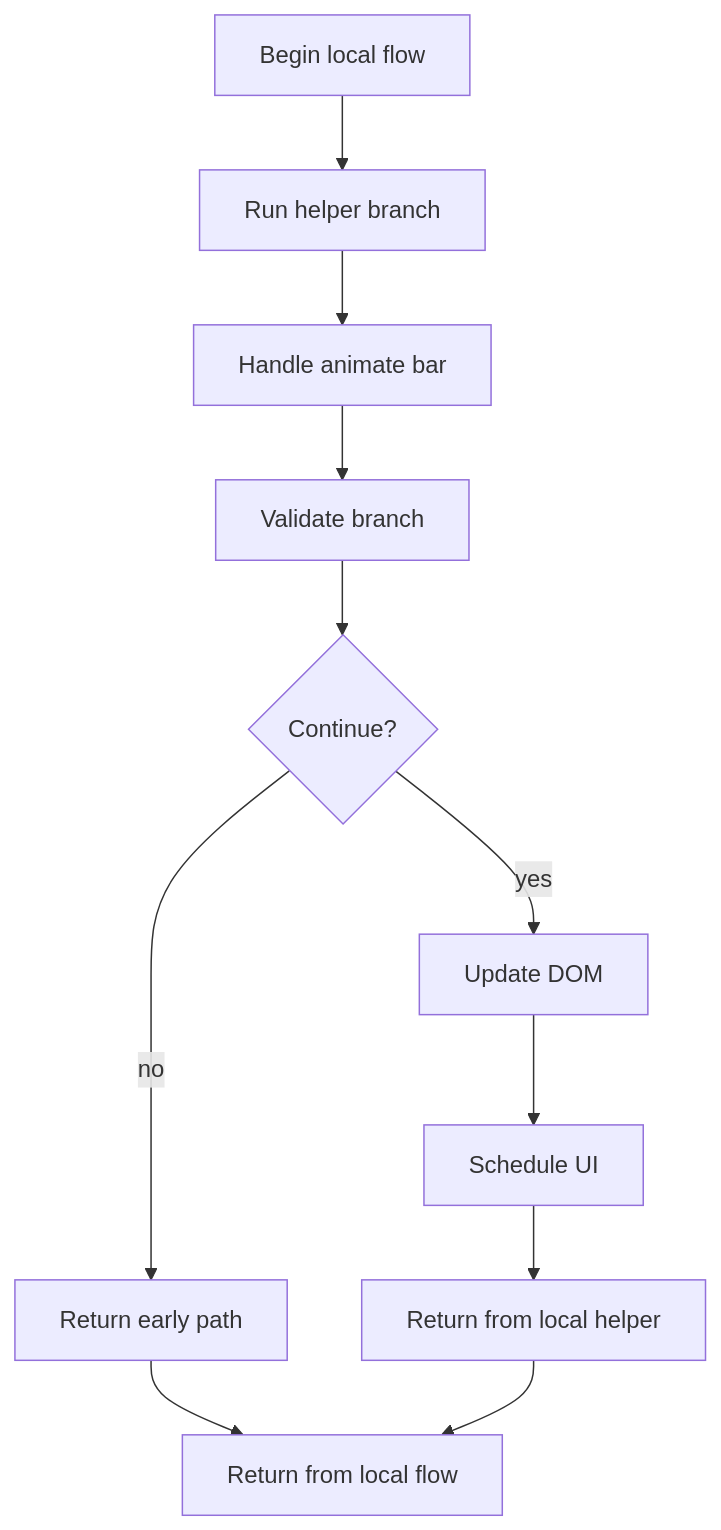
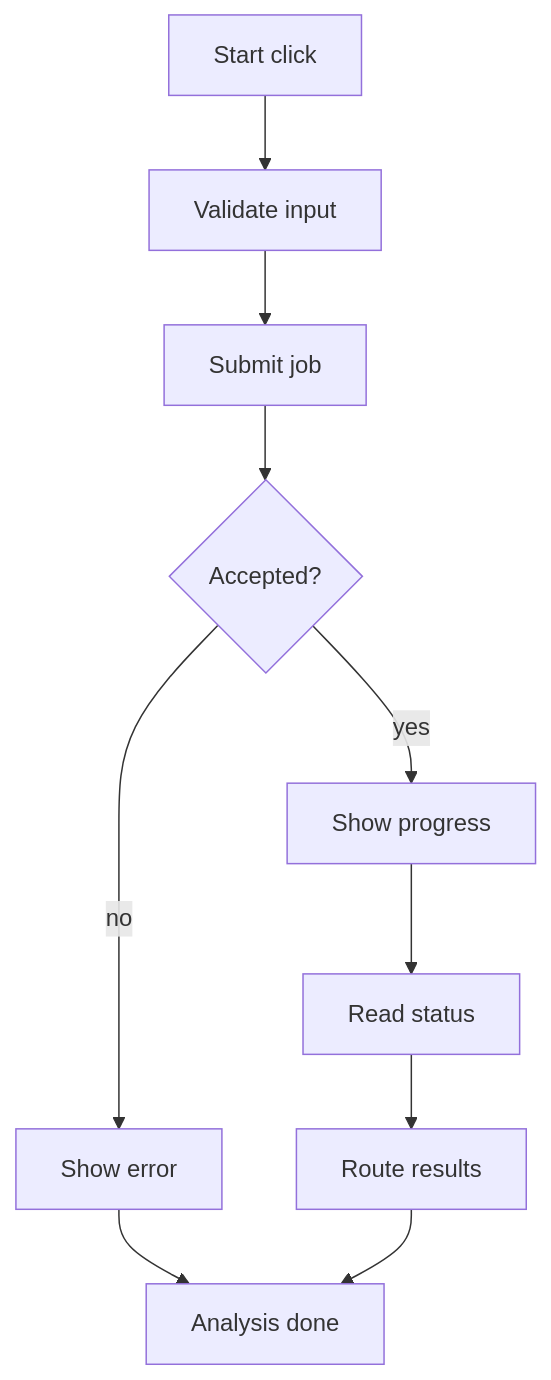
Before and after one commit to JohnAndrewBalbarosa/NeoTerritory: the first of 2 diagrams in docs/Codebase/Frontend/scripts/analysis.js.md, drawn with Mermaid. The commit also changed other lines of this file and 31 other files, not shown here.

````diff
--- a/docs/Codebase/Frontend/scripts/analysis.js.md
+++ b/docs/Codebase/Frontend/scripts/analysis.js.md
@@ -21,23 +21,21 @@
 ```mermaid
 flowchart TD
-    Start["Begin local flow"]
-    N0["Run helper branch"]
-    N1["Handle animate bar"]
-    N2["Validate branch"]
-    D2{"Continue?"}
-    R2["Return early path"]
-    N3["Update DOM"]
-    N4["Schedule UI"]
-    N5["Return from local helper"]
-    End["Return from local flow"]
+    Start["Start click"]
+    N0["Validate input"]
+    N1["Submit job"]
+    D1{"Accepted?"}
+    R1["Show error"]
+    N2["Show progress"]
+    N3["Read status"]
+    N4["Route results"]
+    End["Analysis done"]
     Start --> N0
     N0 --> N1
-    N1 --> N2
-    N2 --> D2
-    D2 -->|yes| N3
-    D2 -->|no| R2
-    R2 --> End
+    N1 --> D1
+    D1 -->|no| R1
+    R1 --> End
+    D1 -->|yes| N2
+    N2 --> N3
     N3 --> N4
-    N4 --> N5
-    N5 --> End
+    N4 --> End
 ```
````
